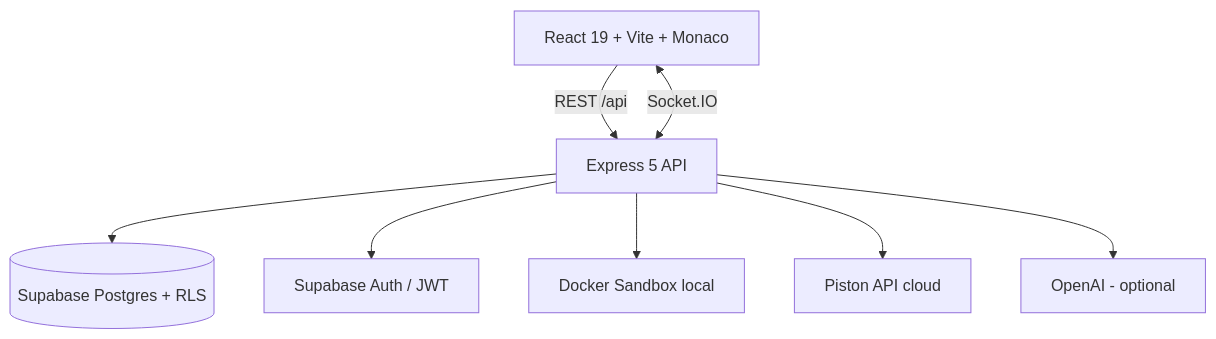
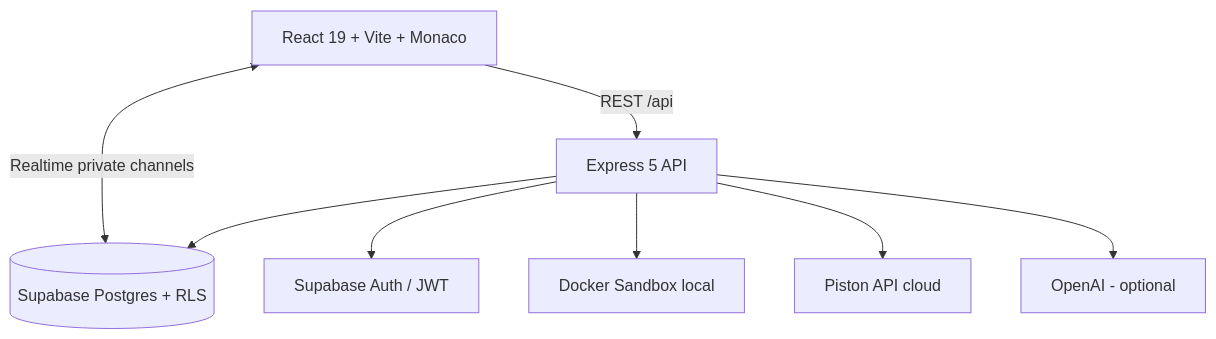
The diagram in README.md (bansal1806/DevForge), drawn with Mermaid before and after one commit. The commit also changed other lines of this file and 12 other files, not shown here.

````diff
--- a/README.md
+++ b/README.md
@@ -22,10 +22,10 @@
 ```mermaid
 graph TD
     UI[React 19 + Vite + Monaco] -->|REST /api| API[Express 5 API]
-    UI <-->|Socket.IO| API
+    UI <-->|Realtime private channels| DB
     API --> DB[(Supabase Postgres + RLS)]
     API --> Auth[Supabase Auth / JWT]
     API --> Sandbox[Docker Sandbox local]
     API --> Piston[Piston API cloud]
     API --> AI[OpenAI - optional]
 ```
````
